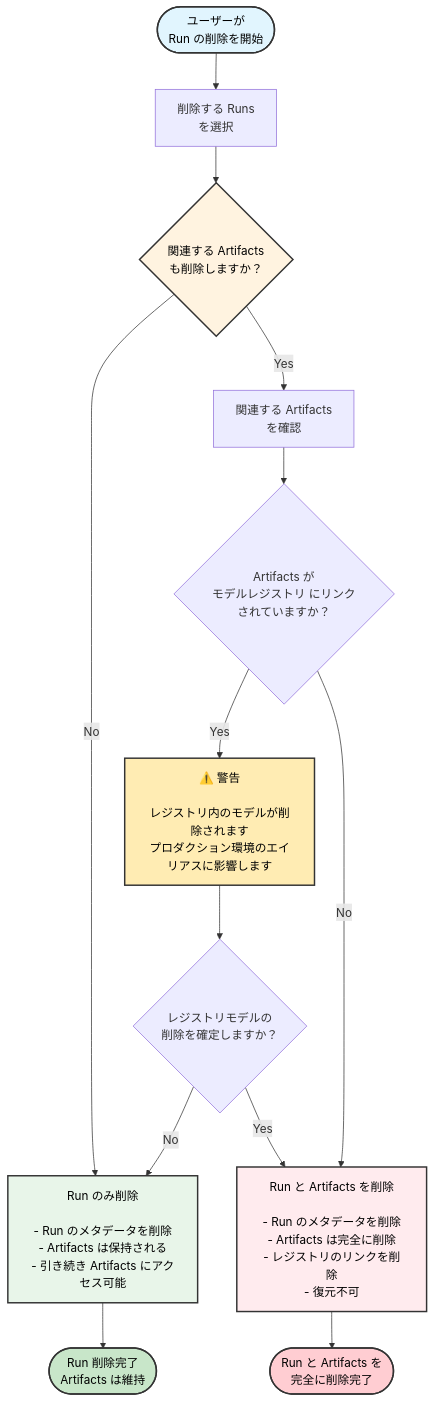
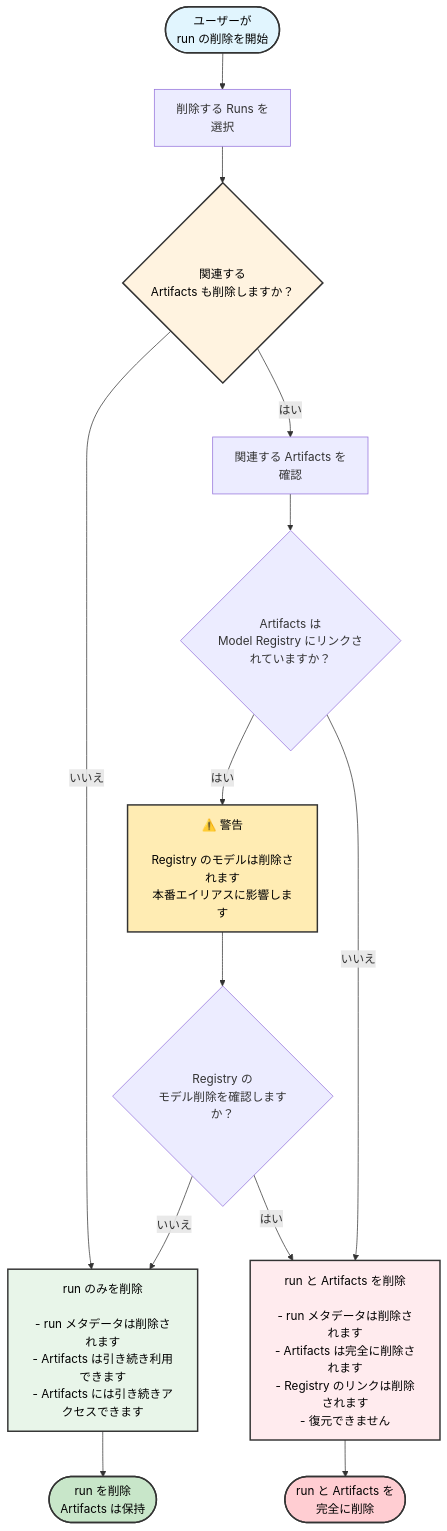
Before and after one commit to wandb/docs: the diagram in ja/models/runs/delete-runs.mdx, drawn with Mermaid. The commit also changed other lines of this file and 4312 other files, not shown here.

````diff
--- a/ja/models/runs/delete-runs.mdx
+++ b/ja/models/runs/delete-runs.mdx
@@ -26,31 +57,22 @@
 ```mermaid
 graph TB
-    Start([ユーザーが<br/>Run の削除を開始]) --> RunSelect[削除する Runs<br/>を選択]
-    
-    RunSelect --> DeletePrompt{関連する Artifacts<br/>も削除しますか？}
-    
-    DeletePrompt -->|No| DeleteRunOnly[Run のみ削除<br/><br/>- Run のメタデータを削除<br/>- Artifacts は保持される<br/>- 引き続き Artifacts にアクセス可能]
-    
-    DeletePrompt -->|Yes| CheckArtifacts[関連する Artifacts<br/>を確認]
-    
-    CheckArtifacts --> HasRegistry{Artifacts が<br/>モデルレジストリ にリンクされていますか？}
-    
-    HasRegistry -->|Yes| RegistryWarning[⚠️ 警告<br/><br/>レジストリ内のモデルが削除されます<br/>プロダクション環境のエイリアスに影響します]
-    HasRegistry -->|No| DirectDelete
-    
-    RegistryWarning --> ConfirmRegistry{レジストリモデルの<br/>削除を確定しますか？}
-    
-    ConfirmRegistry -->|No| DeleteRunOnly
-    ConfirmRegistry -->|Yes| DirectDelete[Run と Artifacts を削除<br/><br/>- Run のメタデータを削除<br/>- Artifacts は完全に削除<br/>- レジストリのリンクを削除<br/>- 復元不可]
-    
-    DeleteRunOnly --> PartialEnd([Run 削除完了<br/>Artifacts は維持])
-    DirectDelete --> FullEnd([Run と Artifacts を<br/>完全に削除完了])
-    
+    Start([ユーザーが<br/>run の削除を開始]) --> RunSelect[削除する Runs を<br/>選択]
+    RunSelect --> DeletePrompt{関連する<br/>Artifacts も削除しますか？}
+    DeletePrompt -->|いいえ| DeleteRunOnly[run のみを削除<br/><br/>- run メタデータは削除されます<br/>- Artifacts は引き続き利用できます<br/>- Artifacts には引き続きアクセスできます]
+    DeletePrompt -->|はい| CheckArtifacts[関連する Artifacts を<br/>確認]
+    CheckArtifacts --> HasRegistry{Artifacts は<br/>Model Registry にリンクされていますか？}
+    HasRegistry -->|はい| RegistryWarning[⚠️ 警告<br/><br/>Registry のモデルは削除されます<br/>本番エイリアスに影響します]
+    HasRegistry -->|いいえ| DirectDelete
+    RegistryWarning --> ConfirmRegistry{Registry の<br/>モデル削除を確認しますか？}
+    ConfirmRegistry -->|いいえ| DeleteRunOnly
+    ConfirmRegistry -->|はい| DirectDelete[run と Artifacts を削除<br/><br/>- run メタデータは削除されます<br/>- Artifacts は完全に削除されます<br/>- Registry のリンクは削除されます<br/>- 復元できません]
+    DeleteRunOnly --> PartialEnd([run を削除<br/>Artifacts は保持])
+    DirectDelete --> FullEnd([run と Artifacts を<br/>完全に削除])
     style Start fill:#e1f5fe,stroke:#333,stroke-width:2px,color:#000
     style DeletePrompt fill:#fff3e0,stroke:#333,stroke-width:2px,color:#000
     style RegistryWarning fill:#ffecb3,stroke:#333,stroke-width:2px,color:#000
     style DirectDelete fill:#ffebee,stroke:#333,stroke-width:2px,color:#000
     style DeleteRunOnly fill:#e8f5e9,stroke:#333,stroke-width:2px,color:#000
     style PartialEnd fill:#c8e6c9,stroke:#333,stroke-width:2px,color:#000
     style FullEnd fill:#ffcdd2,stroke:#333,stroke-width:2px,color:#000
 ```
````
